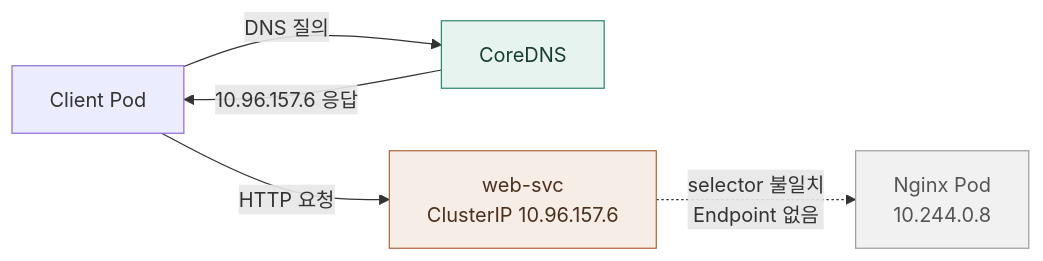
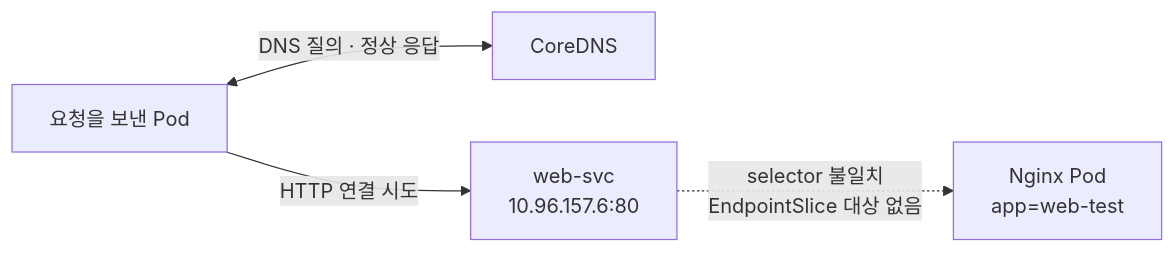
The diagram in investigations/03-kubernetes-dns/README.md (wogur202/infrastructure-engineering-lab), drawn with Mermaid before and after one commit. The commit also changed other lines of this file, not shown here.

Commit message:
docs: redesign Kubernetes DNS investigation README

````diff
--- a/investigations/03-kubernetes-dns/README.md
+++ b/investigations/03-kubernetes-dns/README.md
@@ -48,10 +7,6 @@
 ```mermaid
 flowchart LR
-    A["Client Pod"] -->|"DNS 질의"| B["CoreDNS"]
-    B -->|"10.96.157.6 응답"| A
-    A -->|"HTTP 요청"| C["web-svc<br/>ClusterIP 10.96.157.6"]
-    C -. "selector 불일치<br/>Endpoint 없음" .-> D["Nginx Pod<br/>10.244.0.8"]
-    style B fill:#e7f3ee,stroke:#35876e,color:#183d33
-    style C fill:#f6ede6,stroke:#b06b43,color:#4c301e
-    style D fill:#f1f1f1,stroke:#a0a0a0,color:#555
+    C["요청을 보낸 Pod"] <-->|"DNS 질의 · 정상 응답"| D["CoreDNS"]
+    C -->|"HTTP 연결 시도"| S["web-svc<br/>10.96.157.6:80"]
+    S -. "selector 불일치<br/>EndpointSlice 대상 없음" .-> P["Nginx Pod<br/>app=web-test"]
 ```
````
